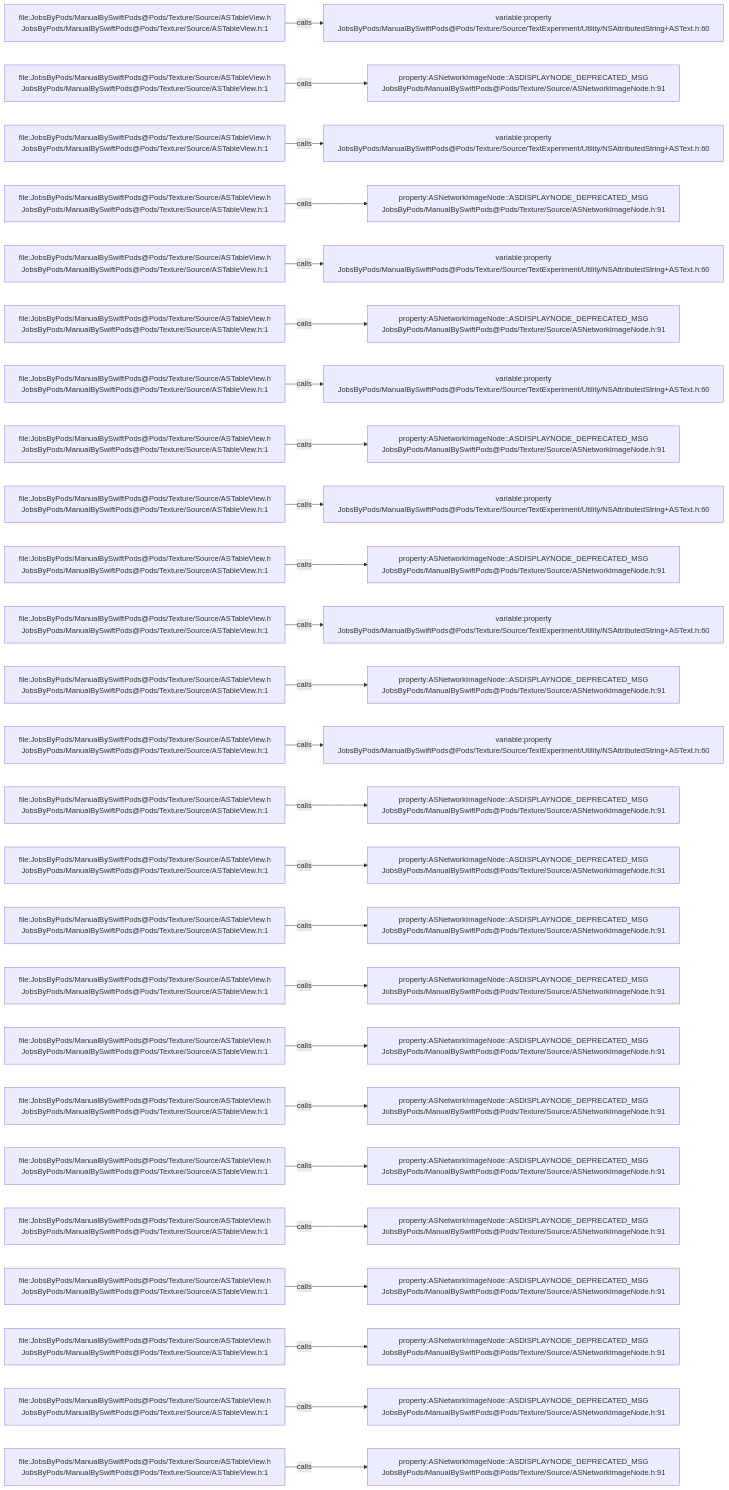
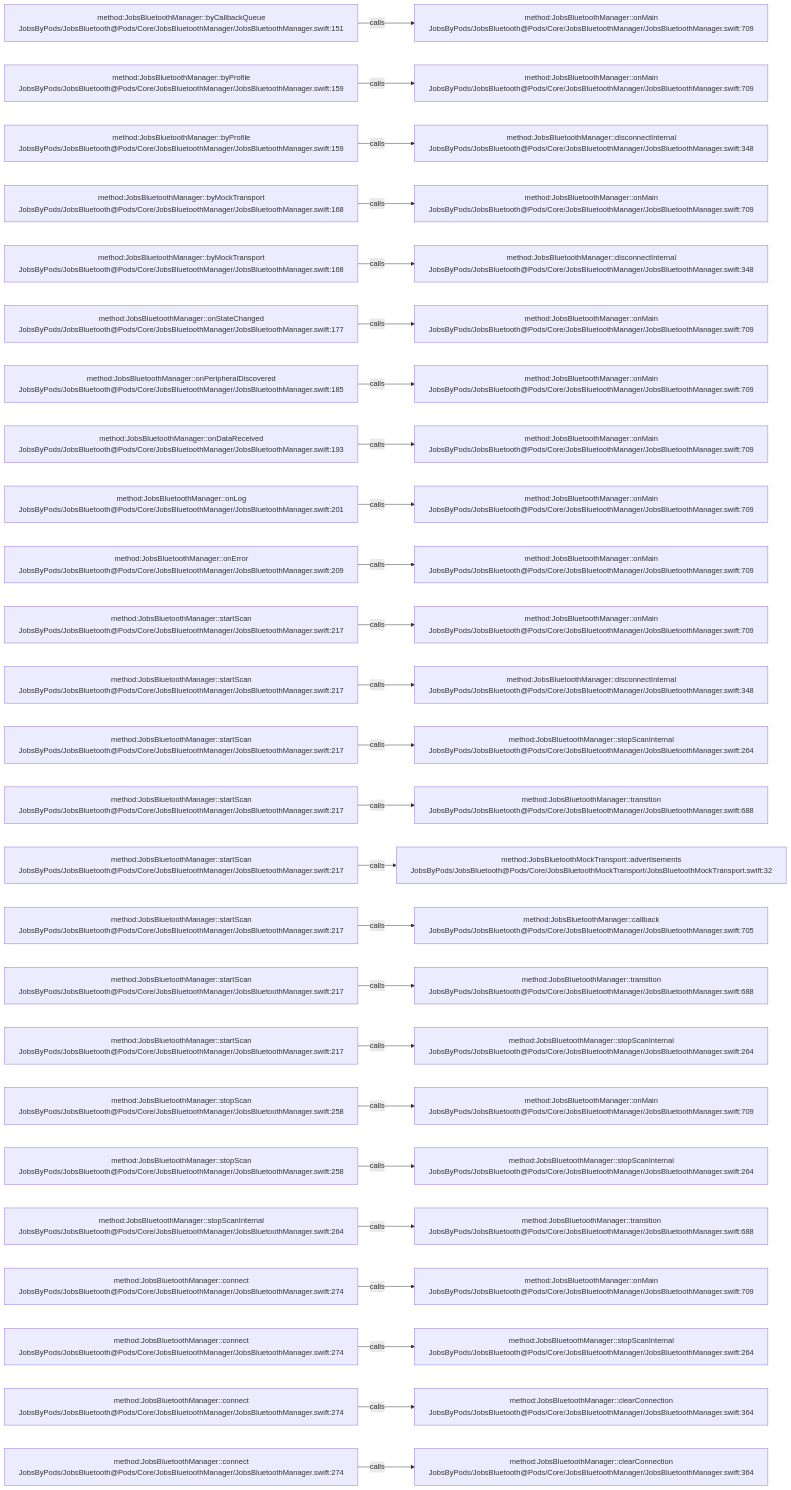
One commit to JobsKits/JobsSwiftBaseConfigDemo changed the diagram in .codegraph/codegraph.md/graphs/calls-057.md. Above: the diagram before and after it, drawn with Mermaid. The commit also changed 224 other files, not shown here.

````diff
--- a/.codegraph/codegraph.md/graphs/calls-057.md
+++ b/.codegraph/codegraph.md/graphs/calls-057.md
@@ -13,78 +13,78 @@
 ```mermaid
 flowchart LR
-  S1["file:JobsByPods/ManualBySwiftPods@Pods/Texture/Source/ASTableView.h<br/>JobsByPods/ManualBySwiftPods@Pods/Texture/Source/ASTableView.h:1"]
-  T1["variable:property<br/>JobsByPods/ManualBySwiftPods@Pods/Texture/Source/TextExperiment/Utility/NSAttributedString+ASText.h:60"]
+  S1["method:JobsBluetoothManager::byCallbackQueue<br/>JobsByPods/JobsBluetooth@Pods/Core/JobsBluetoothManager/JobsBluetoothManager.swift:151"]
+  T1["method:JobsBluetoothManager::onMain<br/>JobsByPods/JobsBluetooth@Pods/Core/JobsBluetoothManager/JobsBluetoothManager.swift:709"]
   S1 -->|calls| T1
-  S2["file:JobsByPods/ManualBySwiftPods@Pods/Texture/Source/ASTableView.h<br/>JobsByPods/ManualBySwiftPods@Pods/Texture/Source/ASTableView.h:1"]
-  T2["property:ASNetworkImageNode::ASDISPLAYNODE_DEPRECATED_MSG<br/>JobsByPods/ManualBySwiftPods@Pods/Texture/Source/ASNetworkImageNode.h:91"]
+  S2["method:JobsBluetoothManager::byProfile<br/>JobsByPods/JobsBluetooth@Pods/Core/JobsBluetoothManager/JobsBluetoothManager.swift:159"]
+  T2["method:JobsBluetoothManager::onMain<br/>JobsByPods/JobsBluetooth@Pods/Core/JobsBluetoothManager/JobsBluetoothManager.swift:709"]
   S2 -->|calls| T2
-  S3["file:JobsByPods/ManualBySwiftPods@Pods/Texture/Source/ASTableView.h<br/>JobsByPods/ManualBySwiftPods@Pods/Texture/Source/ASTableView.h:1"]
-  T3["variable:property<br/>JobsByPods/ManualBySwiftPods@Pods/Texture/Source/TextExperiment/Utility/NSAttributedString+ASText.h:60"]
+  S3["method:JobsBluetoothManager::byProfile<br/>JobsByPods/JobsBluetooth@Pods/Core/JobsBluetoothManager/JobsBluetoothManager.swift:159"]
+  T3["method:JobsBluetoothManager::disconnectInternal<br/>JobsByPods/JobsBluetooth@Pods/Core/JobsBluetoothManager/JobsBluetoothManager.swift:348"]
   S3 -->|calls| T3
-  S4["file:JobsByPods/ManualBySwiftPods@Pods/Texture/Source/ASTableView.h<br/>JobsByPods/ManualBySwiftPods@Pods/Texture/Source/ASTableView.h:1"]
-  T4["property:ASNetworkImageNode::ASDISPLAYNODE_DEPRECATED_MSG<br/>JobsByPods/ManualBySwiftPods@Pods/Texture/Source/ASNetworkImageNode.h:91"]
+  S4["method:JobsBluetoothManager::byMockTransport<br/>JobsByPods/JobsBluetooth@Pods/Core/JobsBluetoothManager/JobsBluetoothManager.swift:168"]
+  T4["method:JobsBluetoothManager::onMain<br/>JobsByPods/JobsBluetooth@Pods/Core/JobsBluetoothManager/JobsBluetoothManager.swift:709"]
   S4 -->|calls| T4
-  S5["file:JobsByPods/ManualBySwiftPods@Pods/Texture/Source/ASTableView.h<br/>JobsByPods/ManualBySwiftPods@Pods/Texture/Source/ASTableView.h:1"]
-  T5["variable:property<br/>JobsByPods/ManualBySwiftPods@Pods/Texture/Source/TextExperiment/Utility/NSAttributedString+ASText.h:60"]
+  S5["method:JobsBluetoothManager::byMockTransport<br/>JobsByPods/JobsBluetooth@Pods/Core/JobsBluetoothManager/JobsBluetoothManager.swift:168"]
+  T5["method:JobsBluetoothManager::disconnectInternal<br/>JobsByPods/JobsBluetooth@Pods/Core/JobsBluetoothManager/JobsBluetoothManager.swift:348"]
   S5 -->|calls| T5
-  S6["file:JobsByPods/ManualBySwiftPods@Pods/Texture/Source/ASTableView.h<br/>JobsByPods/ManualBySwiftPods@Pods/Texture/Source/ASTableView.h:1"]
-  T6["property:ASNetworkImageNode::ASDISPLAYNODE_DEPRECATED_MSG<br/>JobsByPods/ManualBySwiftPods@Pods/Texture/Source/ASNetworkImageNode.h:91"]
+  S6["method:JobsBluetoothManager::onStateChanged<br/>JobsByPods/JobsBluetooth@Pods/Core/JobsBluetoothManager/JobsBluetoothManager.swift:177"]
+  T6["method:JobsBluetoothManager::onMain<br/>JobsByPods/JobsBluetooth@Pods/Core/JobsBluetoothManager/JobsBluetoothManager.swift:709"]
   S6 -->|calls| T6
-  S7["file:JobsByPods/ManualBySwiftPods@Pods/Texture/Source/ASTableView.h<br/>JobsByPods/ManualBySwiftPods@Pods/Texture/Source/ASTableView.h:1"]
-  T7["variable:property<br/>JobsByPods/ManualBySwiftPods@Pods/Texture/Source/TextExperiment/Utility/NSAttributedString+ASText.h:60"]
+  S7["method:JobsBluetoothManager::onPeripheralDiscovered<br/>JobsByPods/JobsBluetooth@Pods/Core/JobsBluetoothManager/JobsBluetoothManager.swift:185"]
+  T7["method:JobsBluetoothManager::onMain<br/>JobsByPods/JobsBluetooth@Pods/Core/JobsBluetoothManager/JobsBluetoothManager.swift:709"]
   S7 -->|calls| T7
-  S8["file:JobsByPods/ManualBySwiftPods@Pods/Texture/Source/ASTableView.h<br/>JobsByPods/ManualBySwiftPods@Pods/Texture/Source/ASTableView.h:1"]
-  T8["property:ASNetworkImageNode::ASDISPLAYNODE_DEPRECATED_MSG<br/>JobsByPods/ManualBySwiftPods@Pods/Texture/Source/ASNetworkImageNode.h:91"]
+  S8["method:JobsBluetoothManager::onDataReceived<br/>JobsByPods/JobsBluetooth@Pods/Core/JobsBluetoothManager/JobsBluetoothManager.swift:193"]
+  T8["method:JobsBluetoothManager::onMain<br/>JobsByPods/JobsBluetooth@Pods/Core/JobsBluetoothManager/JobsBluetoothManager.swift:709"]
   S8 -->|calls| T8
-  S9["file:JobsByPods/ManualBySwiftPods@Pods/Texture/Source/ASTableView.h<br/>JobsByPods/ManualBySwiftPods@Pods/Texture/Source/ASTableView.h:1"]
-  T9["variable:property<br/>JobsByPods/ManualBySwiftPods@Pods/Texture/Source/TextExperiment/Utility/NSAttributedString+ASText.h:60"]
+  S9["method:JobsBluetoothManager::onLog<br/>JobsByPods/JobsBluetooth@Pods/Core/JobsBluetoothManager/JobsBluetoothManager.swift:201"]
+  T9["method:JobsBluetoothManager::onMain<br/>JobsByPods/JobsBluetooth@Pods/Core/JobsBluetoothManager/JobsBluetoothManager.swift:709"]
   S9 -->|calls| T9
-  S10["file:JobsByPods/ManualBySwiftPods@Pods/Texture/Source/ASTableView.h<br/>JobsByPods/ManualBySwiftPods@Pods/Texture/Source/ASTableView.h:1"]
-  T10["property:ASNetworkImageNode::ASDISPLAYNODE_DEPRECATED_MSG<br/>JobsByPods/ManualBySwiftPods@Pods/Texture/Source/ASNetworkImageNode.h:91"]
+  S10["method:JobsBluetoothManager::onError<br/>JobsByPods/JobsBluetooth@Pods/Core/JobsBluetoothManager/JobsBluetoothManager.swift:209"]
+  T10["method:JobsBluetoothManager::onMain<br/>JobsByPods/JobsBluetooth@Pods/Core/JobsBluetoothManager/JobsBluetoothManager.swift:709"]
   S10 -->|calls| T10
-  S11["file:JobsByPods/ManualBySwiftPods@Pods/Texture/Source/ASTableView.h<br/>JobsByPods/ManualBySwiftPods@Pods/Texture/Source/ASTableView.h:1"]
-  T11["variable:property<br/>JobsByPods/ManualBySwiftPods@Pods/Texture/Source/TextExperiment/Utility/NSAttributedString+ASText.h:60"]
+  S11["method:JobsBluetoothManager::startScan<br/>JobsByPods/JobsBluetooth@Pods/Core/JobsBluetoothManager/JobsBluetoothManager.swift:217"]
+  T11["method:JobsBluetoothManager::onMain<br/>JobsByPods/JobsBluetooth@Pods/Core/JobsBluetoothManager/JobsBluetoothManager.swift:709"]
   S11 -->|calls| T11
-  S12["file:JobsByPods/ManualBySwiftPods@Pods/Texture/Source/ASTableView.h<br/>JobsByPods/ManualBySwiftPods@Pods/Texture/Source/ASTableView.h:1"]
-  T12["property:ASNetworkImageNode::ASDISPLAYNODE_DEPRECATED_MSG<br/>JobsByPods/ManualBySwiftPods@Pods/Texture/Source/ASNetworkImageNode.h:91"]
+  S12["method:JobsBluetoothManager::startScan<br/>JobsByPods/JobsBluetooth@Pods/Core/JobsBluetoothManager/JobsBluetoothManager.swift:217"]
+  T12["method:JobsBluetoothManager::disconnectInternal<br/>JobsByPods/JobsBluetooth@Pods/Core/JobsBluetoothManager/JobsBluetoothManager.swift:348"]
   S12 -->|calls| T12
-  S13["file:JobsByPods/ManualBySwiftPods@Pods/Texture/Source/ASTableView.h<br/>JobsByPods/ManualBySwiftPods@Pods/Texture/Source/ASTableView.h:1"]
-  T13["variable:property<br/>JobsByPods/ManualBySwiftPods@Pods/Texture/Source/TextExperiment/Utility/NSAttributedString+ASText.h:60"]
+  S13["method:JobsBluetoothManager::startScan<br/>JobsByPods/JobsBluetooth@Pods/Core/JobsBluetoothManager/JobsBluetoothManager.swift:217"]
+  T13["method:JobsBluetoothManager::stopScanInternal<br/>JobsByPods/JobsBluetooth@Pods/Core/JobsBluetoothManager/JobsBluetoothManager.swift:264"]
   S13 -->|calls| T13
-  S14["file:JobsByPods/ManualBySwiftPods@Pods/Texture/Source/ASTableView.h<br/>JobsByPods/ManualBySwiftPods@Pods/Texture/Source/ASTableView.h:1"]
-  T14["property:ASNetworkImageNode::ASDISPLAYNODE_DEPRECATED_MSG<br/>JobsByPods/ManualBySwiftPods@Pods/Texture/Source/ASNetworkImageNode.h:91"]
+  S14["method:JobsBluetoothManager::startScan<br/>JobsByPods/JobsBluetooth@Pods/Core/JobsBluetoothManager/JobsBluetoothManager.swift:217"]
+  T14["method:JobsBluetoothManager::transition<br/>JobsByPods/JobsBluetooth@Pods/Core/JobsBluetoothManager/JobsBluetoothManager.swift:688"]
   S14 -->|calls| T14
-  S15["file:JobsByPods/ManualBySwiftPods@Pods/Texture/Source/ASTableView.h<br/>JobsByPods/ManualBySwiftPods@Pods/Texture/Source/ASTableView.h:1"]
-  T15["property:ASNetworkImageNode::ASDISPLAYNODE_DEPRECATED_MSG<br/>JobsByPods/ManualBySwiftPods@Pods/Texture/Source/ASNetworkImageNode.h:91"]
+  S15["method:JobsBluetoothManager::startScan<br/>JobsByPods/JobsBluetooth@Pods/Core/JobsBluetoothManager/JobsBluetoothManager.swift:217"]
+  T15["method:JobsBluetoothMockTransport::advertisements<br/>JobsByPods/JobsBluetooth@Pods/Core/JobsBluetoothMockTransport/JobsBluetoothMockTransport.swift:32"]
   S15 -->|calls| T15
-  S16["file:JobsByPods/ManualBySwiftPods@Pods/Texture/Source/ASTableView.h<br/>JobsByPods/ManualBySwiftPods@Pods/Texture/Source/ASTableView.h:1"]
-  T16["property:ASNetworkImageNode::ASDISPLAYNODE_DEPRECATED_MSG<br/>JobsByPods/ManualBySwiftPods@Pods/Texture/Source/ASNetworkImageNode.h:91"]
+  S16["method:JobsBluetoothManager::startScan<br/>JobsByPods/JobsBluetooth@Pods/Core/JobsBluetoothManager/JobsBluetoothManager.swift:217"]
+  T16["method:JobsBluetoothManager::callback<br/>JobsByPods/JobsBluetooth@Pods/Core/JobsBluetoothManager/JobsBluetoothManager.swift:705"]
   S16 -->|calls| T16
-  S17["file:JobsByPods/ManualBySwiftPods@Pods/Texture/Source/ASTableView.h<br/>JobsByPods/ManualBySwiftPods@Pods/Texture/Source/ASTableView.h:1"]
-  T17["property:ASNetworkImageNode::ASDISPLAYNODE_DEPRECATED_MSG<br/>JobsByPods/ManualBySwiftPods@Pods/Texture/Source/ASNetworkImageNode.h:91"]
+  S17["method:JobsBluetoothManager::startScan<br/>JobsByPods/JobsBluetooth@Pods/Core/JobsBluetoothManager/JobsBluetoothManager.swift:217"]
+  T17["method:JobsBluetoothManager::transition<br/>JobsByPods/JobsBluetooth@Pods/Core/JobsBluetoothManager/JobsBluetoothManager.swift:688"]
   S17 -->|calls| T17
-  S18["file:JobsByPods/ManualBySwiftPods@Pods/Texture/Source/ASTableView.h<br/>JobsByPods/ManualBySwiftPods@Pods/Texture/Source/ASTableView.h:1"]
-  T18["property:ASNetworkImageNode::ASDISPLAYNODE_DEPRECATED_MSG<br/>JobsByPods/ManualBySwiftPods@Pods/Texture/Source/ASNetworkImageNode.h:91"]
+  S18["method:JobsBluetoothManager::startScan<br/>JobsByPods/JobsBluetooth@Pods/Core/JobsBluetoothManager/JobsBluetoothManager.swift:217"]
+  T18["method:JobsBluetoothManager::stopScanInternal<br/>JobsByPods/JobsBluetooth@Pods/Core/JobsBluetoothManager/JobsBluetoothManager.swift:264"]
   S18 -->|calls| T18
-  S19["file:JobsByPods/ManualBySwiftPods@Pods/Texture/Source/ASTableView.h<br/>JobsByPods/ManualBySwiftPods@Pods/Texture/Source/ASTableView.h:1"]
-  T19["property:ASNetworkImageNode::ASDISPLAYNODE_DEPRECATED_MSG<br/>JobsByPods/ManualBySwiftPods@Pods/Texture/Source/ASNetworkImageNode.h:91"]
+  S19["method:JobsBluetoothManager::stopScan<br/>JobsByPods/JobsBluetooth@Pods/Core/JobsBluetoothManager/JobsBluetoothManager.swift:258"]
+  T19["method:JobsBluetoothManager::onMain<br/>JobsByPods/JobsBluetooth@Pods/Core/JobsBluetoothManager/JobsBluetoothManager.swift:709"]
   S19 -->|calls| T19
-  S20["file:JobsByPods/ManualBySwiftPods@Pods/Texture/Source/ASTableView.h<br/>JobsByPods/ManualBySwiftPods@Pods/Texture/Source/ASTableView.h:1"]
-  T20["property:ASNetworkImageNode::ASDISPLAYNODE_DEPRECATED_MSG<br/>JobsByPods/ManualBySwiftPods@Pods/Texture/Source/ASNetworkImageNode.h:91"]
+  S20["method:JobsBluetoothManager::stopScan<br/>JobsByPods/JobsBluetooth@Pods/Core/JobsBluetoothManager/JobsBluetoothManager.swift:258"]
+  T20["method:JobsBluetoothManager::stopScanInternal<br/>JobsByPods/JobsBluetooth@Pods/Core/JobsBluetoothManager/JobsBluetoothManager.swift:264"]
   S20 -->|calls| T20
-  S21["file:JobsByPods/ManualBySwiftPods@Pods/Texture/Source/ASTableView.h<br/>JobsByPods/ManualBySwiftPods@Pods/Texture/Source/ASTableView.h:1"]
-  T21["property:ASNetworkImageNode::ASDISPLAYNODE_DEPRECATED_MSG<br/>JobsByPods/ManualBySwiftPods@Pods/Texture/Source/ASNetworkImageNode.h:91"]
+  S21["method:JobsBluetoothManager::stopScanInternal<br/>JobsByPods/JobsBluetooth@Pods/Core/JobsBluetoothManager/JobsBluetoothManager.swift:264"]
+  T21["method:JobsBluetoothManager::transition<br/>JobsByPods/JobsBluetooth@Pods/Core/JobsBluetoothManager/JobsBluetoothManager.swift:688"]
   S21 -->|calls| T21
-  S22["file:JobsByPods/ManualBySwiftPods@Pods/Texture/Source/ASTableView.h<br/>JobsByPods/ManualBySwiftPods@Pods/Texture/Source/ASTableView.h:1"]
-  T22["property:ASNetworkImageNode::ASDISPLAYNODE_DEPRECATED_MSG<br/>JobsByPods/ManualBySwiftPods@Pods/Texture/Source/ASNetworkImageNode.h:91"]
+  S22["method:JobsBluetoothManager::connect<br/>JobsByPods/JobsBluetooth@Pods/Core/JobsBluetoothManager/JobsBluetoothManager.swift:274"]
+  T22["method:JobsBluetoothManager::onMain<br/>JobsByPods/JobsBluetooth@Pods/Core/JobsBluetoothManager/JobsBluetoothManager.swift:709"]
   S22 -->|calls| T22
-  S23["file:JobsByPods/ManualBySwiftPods@Pods/Texture/Source/ASTableView.h<br/>JobsByPods/ManualBySwiftPods@Pods/Texture/Source/ASTableView.h:1"]
-  T23["property:ASNetworkImageNode::ASDISPLAYNODE_DEPRECATED_MSG<br/>JobsByPods/ManualBySwiftPods@Pods/Texture/Source/ASNetworkImageNode.h:91"]
+  S23["method:JobsBluetoothManager::connect<br/>JobsByPods/JobsBluetooth@Pods/Core/JobsBluetoothManager/JobsBluetoothManager.swift:274"]
+  T23["method:JobsBluetoothManager::stopScanInternal<br/>JobsByPods/JobsBluetooth@Pods/Core/JobsBluetoothManager/JobsBluetoothManager.swift:264"]
   S23 -->|calls| T23
-  S24["file:JobsByPods/ManualBySwiftPods@Pods/Texture/Source/ASTableView.h<br/>JobsByPods/ManualBySwiftPods@Pods/Texture/Source/ASTableView.h:1"]
-  T24["property:ASNetworkImageNode::ASDISPLAYNODE_DEPRECATED_MSG<br/>JobsByPods/ManualBySwiftPods@Pods/Texture/Source/ASNetworkImageNode.h:91"]
+  S24["method:JobsBluetoothManager::connect<br/>JobsByPods/JobsBluetooth@Pods/Core/JobsBluetoothManager/JobsBluetoothManager.swift:274"]
+  T24["method:JobsBluetoothManager::clearConnection<br/>JobsByPods/JobsBluetooth@Pods/Core/JobsBluetoothManager/JobsBluetoothManager.swift:364"]
   S24 -->|calls| T24
-  S25["file:JobsByPods/ManualBySwiftPods@Pods/Texture/Source/ASTableView.h<br/>JobsByPods/ManualBySwiftPods@Pods/Texture/Source/ASTableView.h:1"]
-  T25["property:ASNetworkImageNode::ASDISPLAYNODE_DEPRECATED_MSG<br/>JobsByPods/ManualBySwiftPods@Pods/Texture/Source/ASNetworkImageNode.h:91"]
+  S25["method:JobsBluetoothManager::connect<br/>JobsByPods/JobsBluetooth@Pods/Core/JobsBluetoothManager/JobsBluetoothManager.swift:274"]
+  T25["method:JobsBluetoothManager::clearConnection<br/>JobsByPods/JobsBluetooth@Pods/Core/JobsBluetoothManager/JobsBluetoothManager.swift:364"]
   S25 -->|calls| T25
 ```
````
